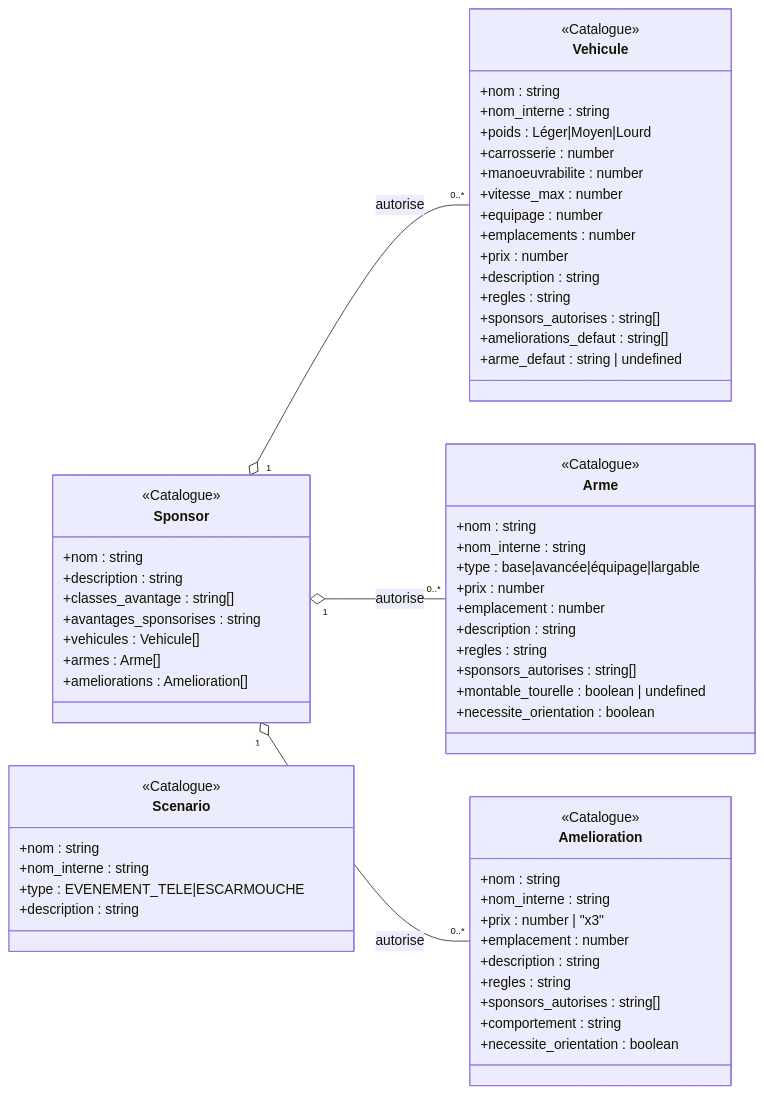
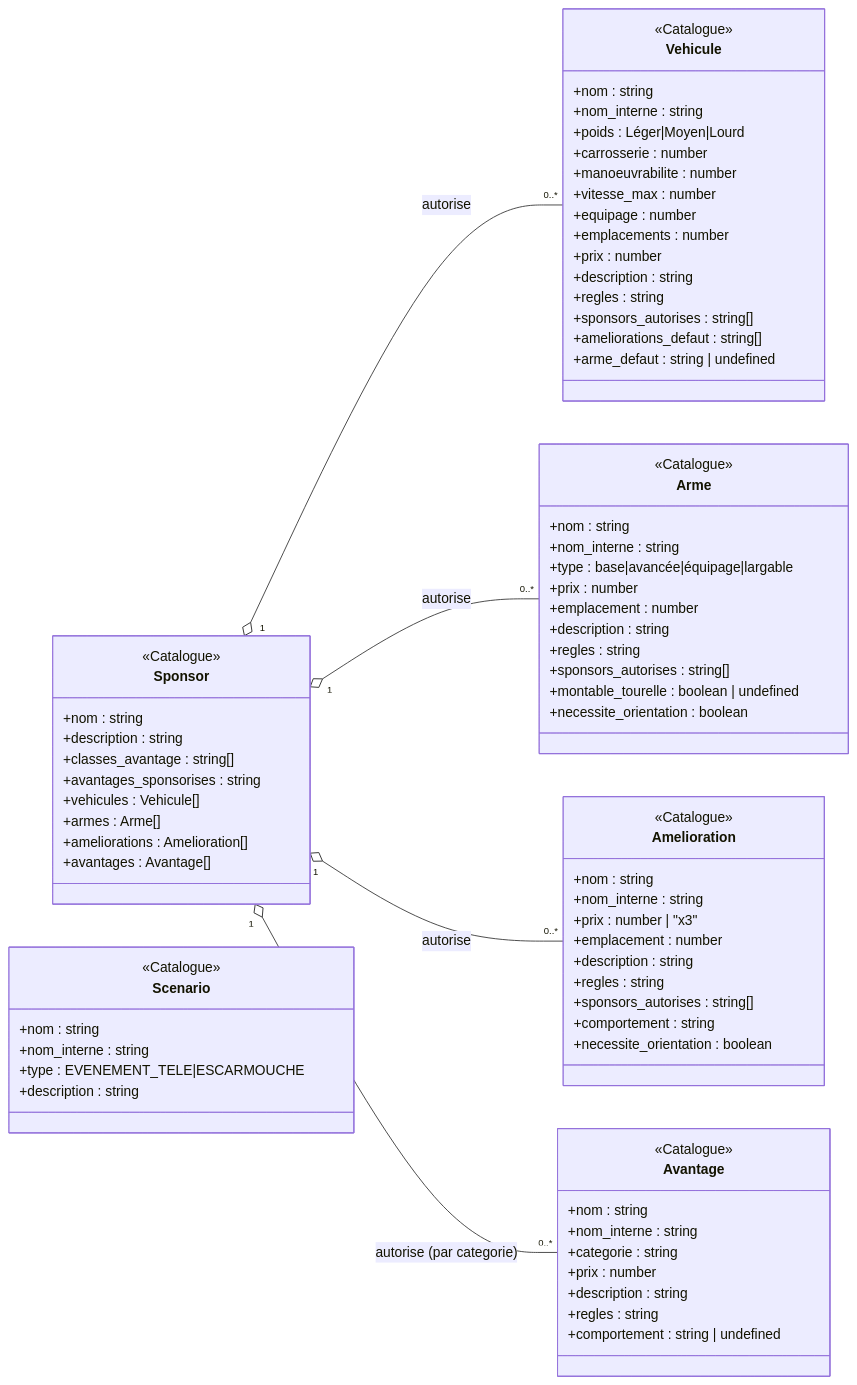
The second of 4 diagrams in docs/DOMAIN_MODEL.md (arnaudbracchetti/gaslands-manager), drawn with Mermaid before and after one commit. The commit also changed other lines of this file and 89 other files, not shown here.

````diff
--- a/docs/DOMAIN_MODEL.md
+++ b/docs/DOMAIN_MODEL.md
@@ -203,6 +248,7 @@
         +vehicules : Vehicule[]
         +armes : Arme[]
         +ameliorations : Amelioration[]
+        +avantages : Avantage[]
     }
 
     class Vehicule {
@@ -250,6 +296,17 @@
         +necessite_orientation : boolean
     }
 
+    class Avantage {
+        <<Catalogue>>
+        +nom : string
+        +nom_interne : string
+        +categorie : string
+        +prix : number
+        +description : string
+        +regles : string
+        +comportement : string | undefined
+    }
+
     class Scenario {
         <<Catalogue>>
         +nom : string
@@ -261,4 +318,5 @@
     Sponsor "1" o-- "0..*" Vehicule : autorise
     Sponsor "1" o-- "0..*" Arme : autorise
     Sponsor "1" o-- "0..*" Amelioration : autorise
+    Sponsor "1" o-- "0..*" Avantage : autorise (par categorie)
 ```
````
